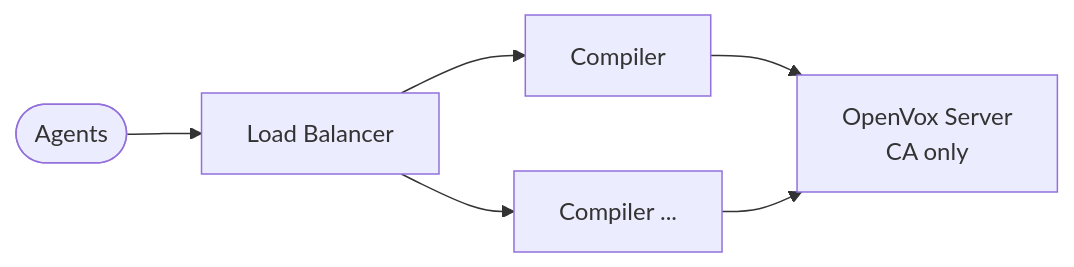
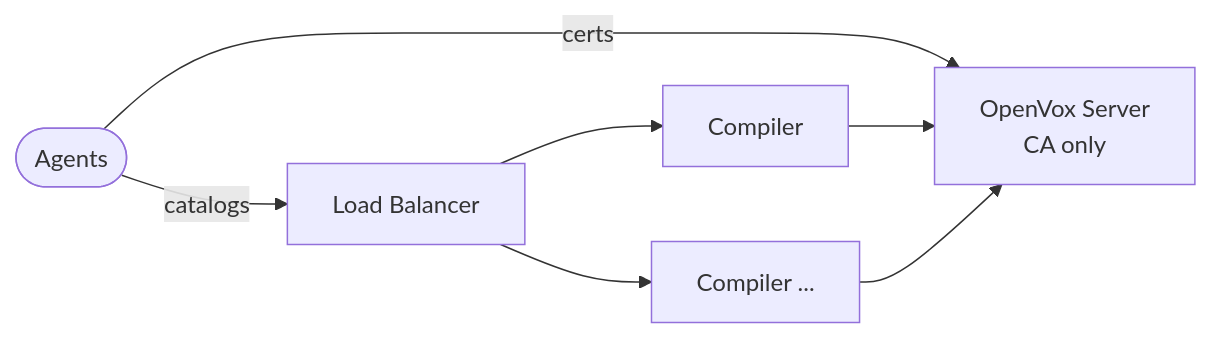
One commit to miharp/ovadm changed the second of 3 diagrams in documentation/architecture.md. Above: the diagram before and after it, drawn with Mermaid. The commit also changed other lines of this file and 1 other file, not shown here.

Commit message:
docs: clarify Large topology diagram — agents contact CA directly for certs (#36)

````diff
--- a/documentation/architecture.md
+++ b/documentation/architecture.md
@@ -18,8 +18,9 @@
 ```mermaid
 flowchart LR
-    agents([Agents]) --> lb[Load Balancer]
+    agents([Agents]) -->|catalogs| lb[Load Balancer]
+    agents -->|certs| server[OpenVox Server\nCA only]
     lb --> c1[Compiler]
     lb --> c2[Compiler ...]
-    c1 --> server[OpenVox Server\nCA only]
+    c1 --> server
     c2 --> server
 ```
````
